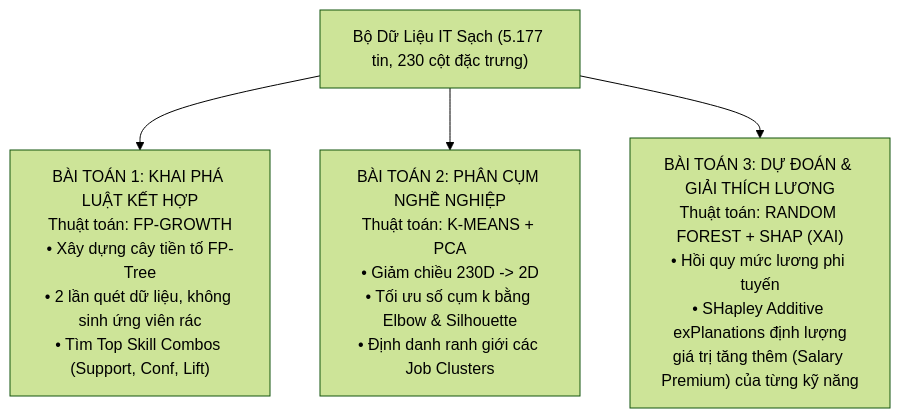
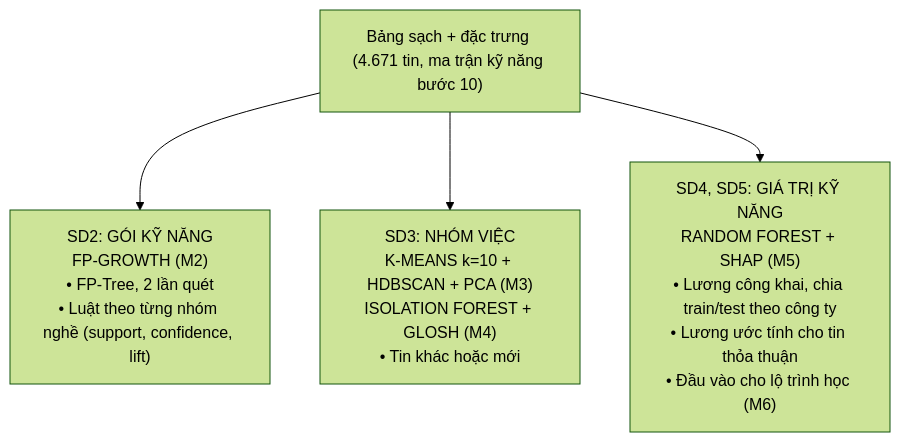
One commit to Archduker/VN-IT-Job-Mining changed the fifth of 5 diagrams in docs/spec/11_technical_decisions.md. Above: the diagram before and after it, drawn with Mermaid (forest theme). The commit also changed other lines of this file and 90 other files, not shown here.

````diff
--- a/docs/spec/11_technical_decisions.md
+++ b/docs/spec/11_technical_decisions.md
@@ -263,8 +261,8 @@
 ```mermaid
 flowchart TD
-    Dataset["Bộ Dữ Liệu IT Sạch (5.177 tin, 230 cột đặc trưng)"] --> Branch1["BÀI TOÁN 1: KHAI PHÁ LUẬT KẾT HỢP\nThuật toán: FP-GROWTH\n• Xây dựng cây tiền tố FP-Tree\n• 2 lần quét dữ liệu, không sinh ứng viên rác\n• Tìm Top Skill Combos (Support, Conf, Lift)"]
+    Dataset["Bảng sạch + đặc trưng (4.671 tin, ma trận kỹ năng bước 10)"] --> Branch1["SD2: GÓI KỸ NĂNG\nFP-GROWTH (M2)\n• FP-Tree, 2 lần quét\n• Luật theo từng nhóm nghề (support, confidence, lift)"]
     
-    Dataset --> Branch2["BÀI TOÁN 2: PHÂN CỤM NGHỀ NGHIỆP\nThuật toán: K-MEANS + PCA\n• Giảm chiều 230D -> 2D\n• Tối ưu số cụm k bằng Elbow & Silhouette\n• Định danh ranh giới các Job Clusters"]
+    Dataset --> Branch2["SD3: NHÓM VIỆC\nK-MEANS k=10 + HDBSCAN + PCA (M3)\nISOLATION FOREST + GLOSH (M4)\n• Tin khác hoặc mới"]
     
-    Dataset --> Branch3["BÀI TOÁN 3: DỰ ĐOÁN & GIẢI THÍCH LƯƠNG\nThuật toán: RANDOM FOREST + SHAP (XAI)\n• Hồi quy mức lương phi tuyến\n• SHapley Additive exPlanations định lượng\ngiá trị tăng thêm (Salary Premium) của từng kỹ năng"]
+    Dataset --> Branch3["SD4, SD5: GIÁ TRỊ KỸ NĂNG\nRANDOM FOREST + SHAP (M5)\n• Lương công khai, chia train/test theo công ty\n• Lương ước tính cho tin thỏa thuận\n• Đầu vào cho lộ trình học (M6)"]
 ```
````
